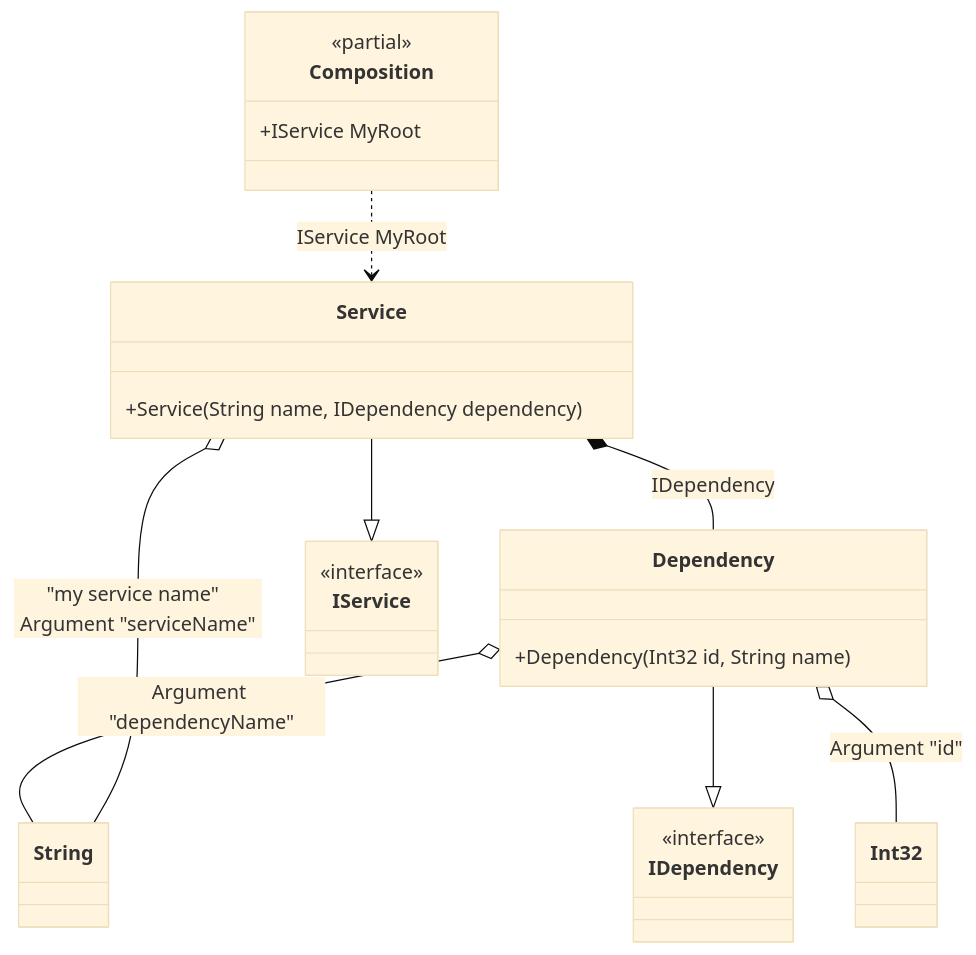
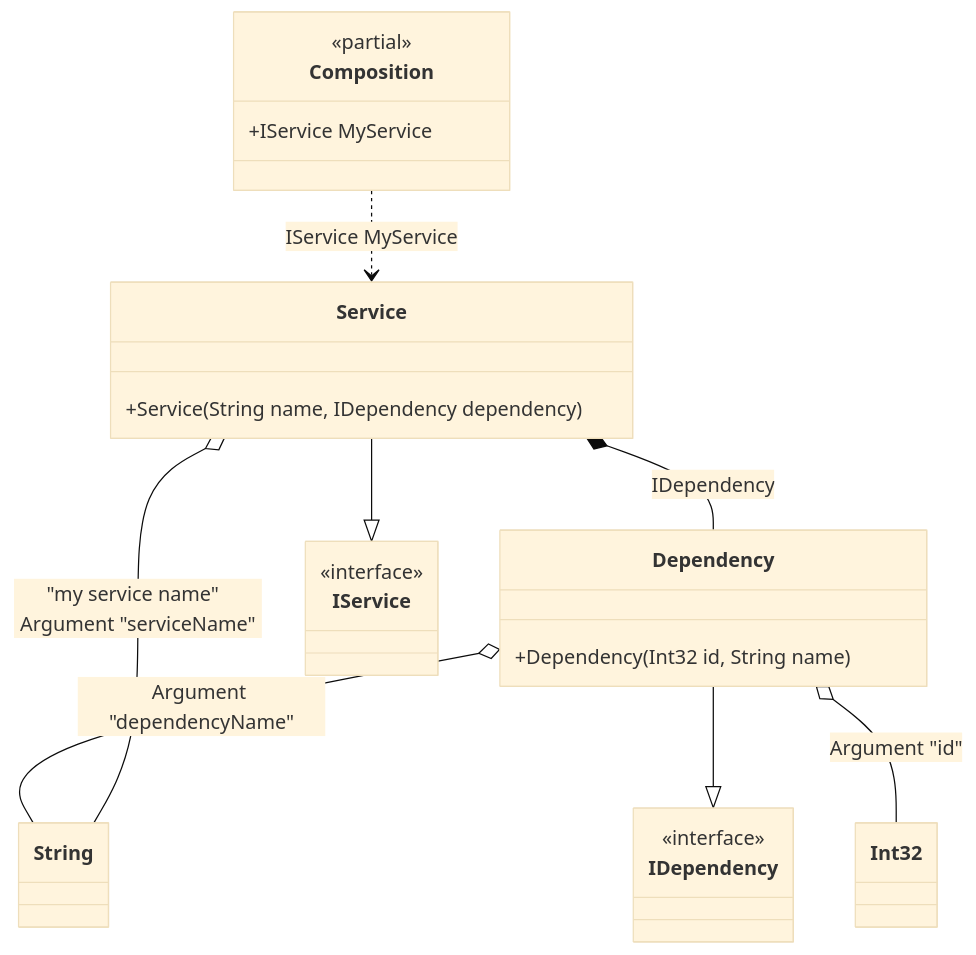
Before and after one commit to DevTeam/Pure.DI: the diagram in readme/class-arguments.md, drawn with Mermaid (base theme). The commit also changed other lines of this file and 43 other files, not shown here.

````diff
--- a/readme/class-arguments.md
+++ b/readme/class-arguments.md
@@ -107,28 +110,28 @@
 ```mermaid
 classDiagram
 	class Composition {
 		<<partial>>
-		+IService MyRoot
+		+IService MyService
 	}
 	Dependency --|> IDependency
 	class Dependency {
 		+Dependency(Int32 id, String name)
 	}
 	Service --|> IService
 	class Service {
 		+Service(String name, IDependency dependency)
 	}
 	class Int32
 	class String
 	class IDependency {
 		<<interface>>
 	}
 	class IService {
 		<<interface>>
 	}
-	Composition ..> Service : IService MyRoot
+	Composition ..> Service : IService MyService
 	Dependency o-- Int32 : Argument "id"
 	Dependency o-- String : Argument "dependencyName"
 	Service o-- String : "my service name"  Argument "serviceName"
 	Service *--  Dependency : IDependency
 ```
````
